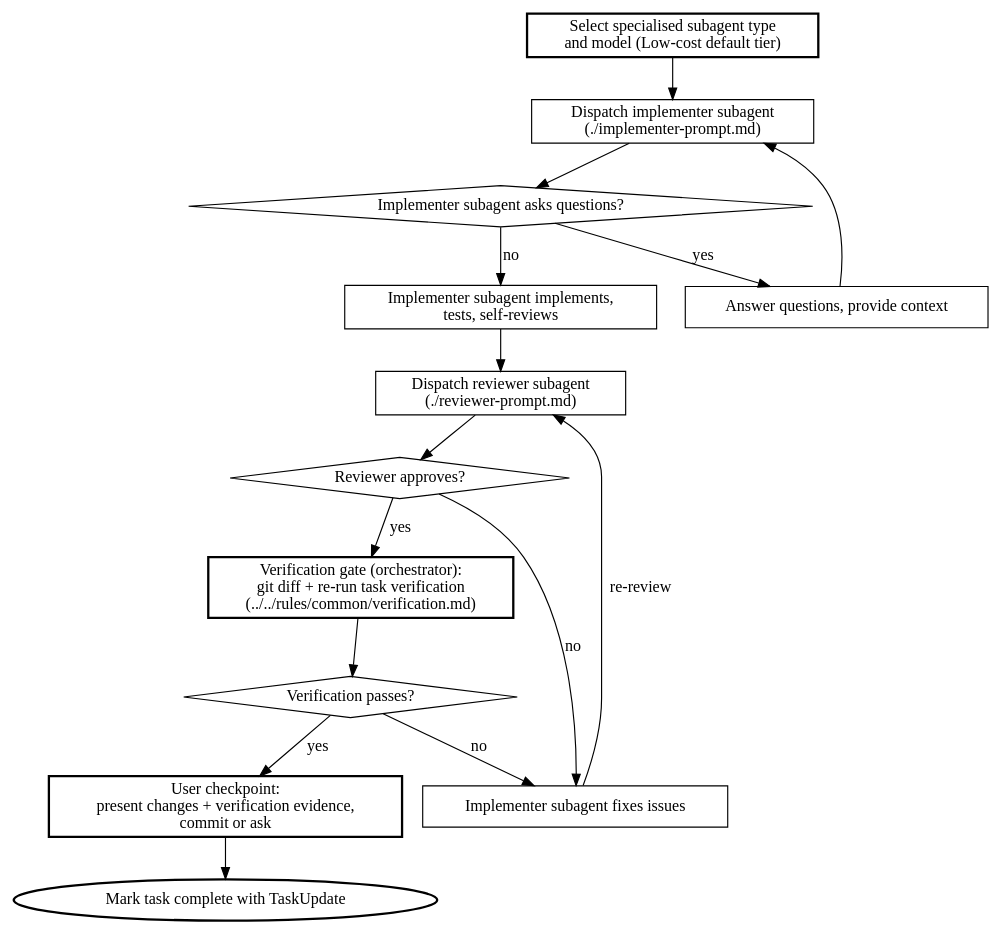
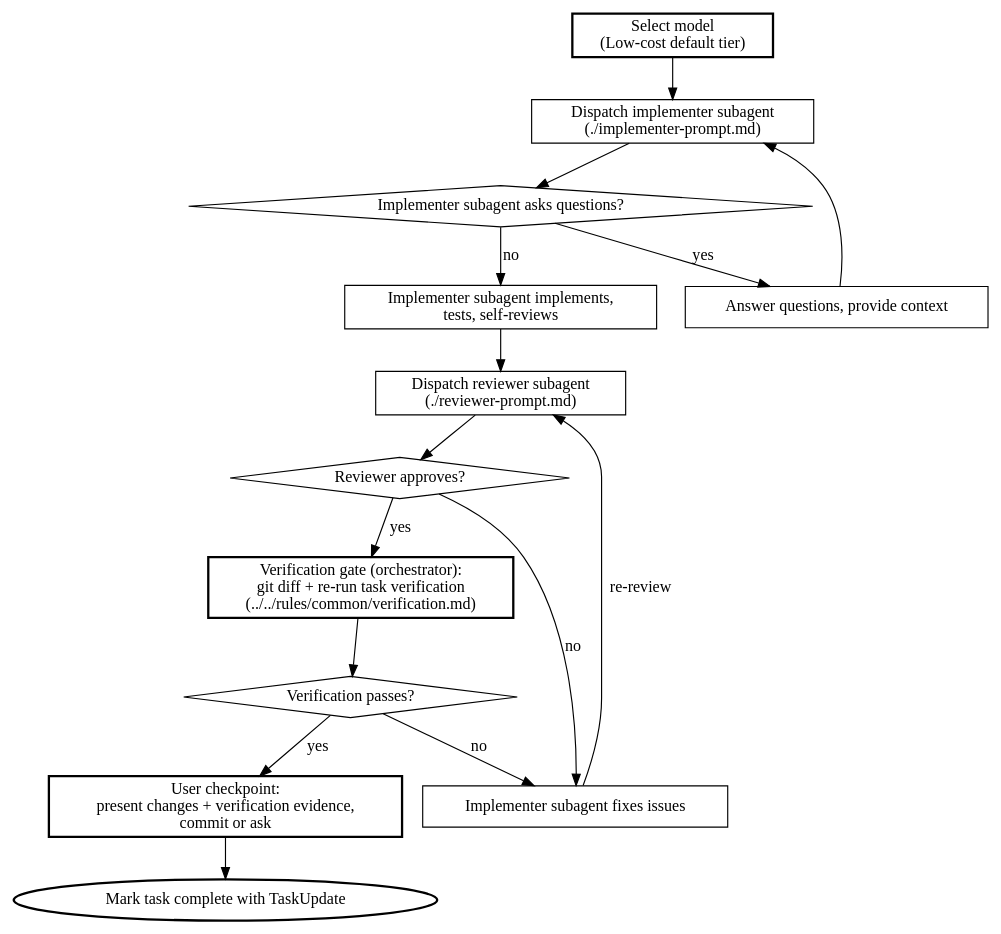
Before and after one commit to philipobenito/elelem: the diagram in skills/subagent-driven-development/SKILL.md, drawn with Graphviz. The commit also changed other lines of this file and 16 other files, not shown here.

First line of the commit message:
Refactor subagent and reviewer type selection across multiple skills

````diff
--- a/skills/subagent-driven-development/SKILL.md
+++ b/skills/subagent-driven-development/SKILL.md
@@ -99,33 +98,33 @@
 ```dot
 digraph per_task_pipeline {
     rankdir=TB;
 
-    "Select specialised subagent type\nand model (Low-cost default tier)" [shape=box, style=bold];
+    "Select model\n(Low-cost default tier)" [shape=box, style=bold];
     "Dispatch implementer subagent\n(./implementer-prompt.md)" [shape=box];
     "Implementer subagent asks questions?" [shape=diamond];
     "Answer questions, provide context" [shape=box];
     "Implementer subagent implements,\ntests, self-reviews" [shape=box];
     "Dispatch reviewer subagent\n(./reviewer-prompt.md)" [shape=box];
     "Reviewer approves?" [shape=diamond];
     "Implementer subagent fixes issues" [shape=box];
     "Verification gate (orchestrator):\ngit diff + re-run task verification\n(../../rules/common/verification.md)" [shape=box, style=bold];
     "Verification passes?" [shape=diamond];
     "User checkpoint:\npresent changes + verification evidence,\ncommit or ask" [shape=box, style=bold];
     "Mark task complete with TaskUpdate" [style=bold];
 
-    "Select specialised subagent type\nand model (Low-cost default tier)" -> "Dispatch implementer subagent\n(./implementer-prompt.md)";
+    "Select model\n(Low-cost default tier)" -> "Dispatch implementer subagent\n(./implementer-prompt.md)";
     "Dispatch implementer subagent\n(./implementer-prompt.md)" -> "Implementer subagent asks questions?";
     "Implementer subagent asks questions?" -> "Answer questions, provide context" [label="yes"];
     "Answer questions, provide context" -> "Dispatch implementer subagent\n(./implementer-prompt.md)";
     "Implementer subagent asks questions?" -> "Implementer subagent implements,\ntests, self-reviews" [label="no"];
     "Implementer subagent implements,\ntests, self-reviews" -> "Dispatch reviewer subagent\n(./reviewer-prompt.md)";
     "Dispatch reviewer subagent\n(./reviewer-prompt.md)" -> "Reviewer approves?";
     "Reviewer approves?" -> "Implementer subagent fixes issues" [label="no"];
     "Implementer subagent fixes issues" -> "Dispatch reviewer subagent\n(./reviewer-prompt.md)" [label="re-review"];
     "Reviewer approves?" -> "Verification gate (orchestrator):\ngit diff + re-run task verification\n(../../rules/common/verification.md)" [label="yes"];
     "Verification gate (orchestrator):\ngit diff + re-run task verification\n(../../rules/common/verification.md)" -> "Verification passes?";
     "Verification passes?" -> "Implementer subagent fixes issues" [label="no"];
     "Verification passes?" -> "User checkpoint:\npresent changes + verification evidence,\ncommit or ask" [label="yes"];
     "User checkpoint:\npresent changes + verification evidence,\ncommit or ask" -> "Mark task complete with TaskUpdate";
 }
 ```
````
